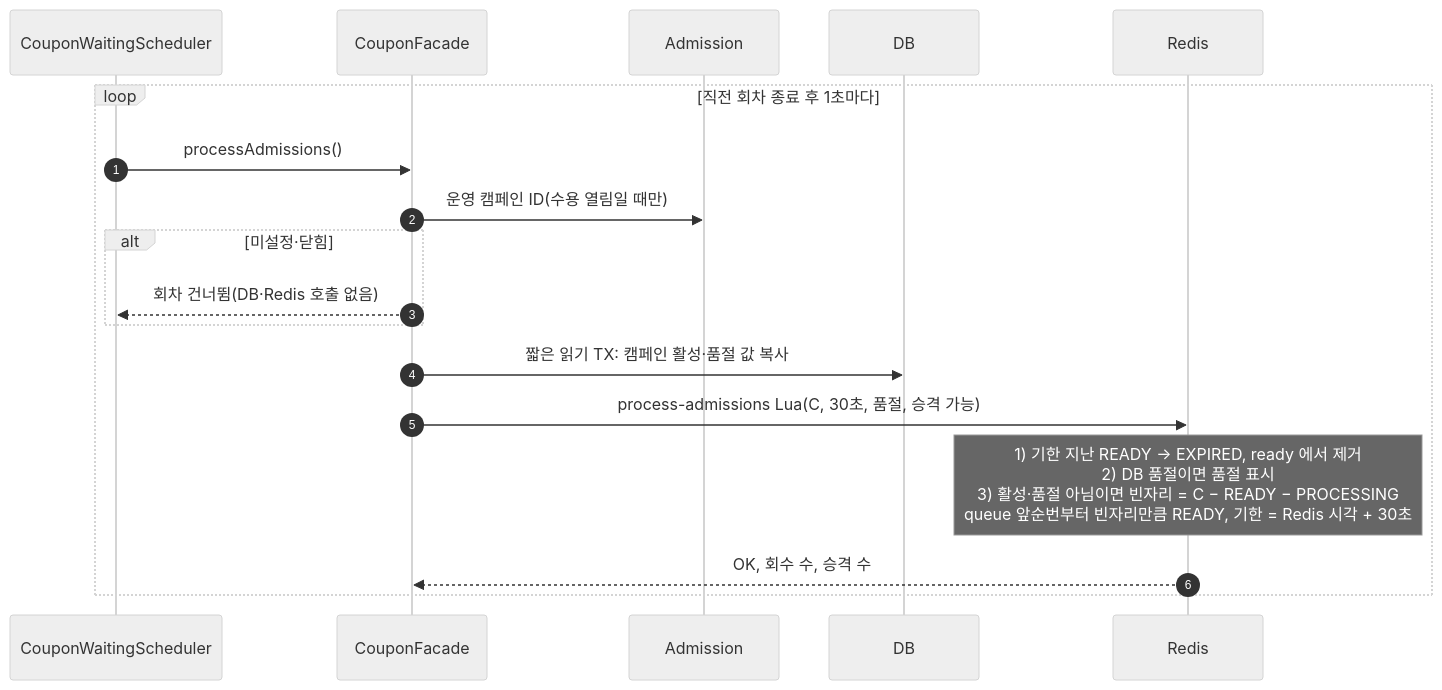
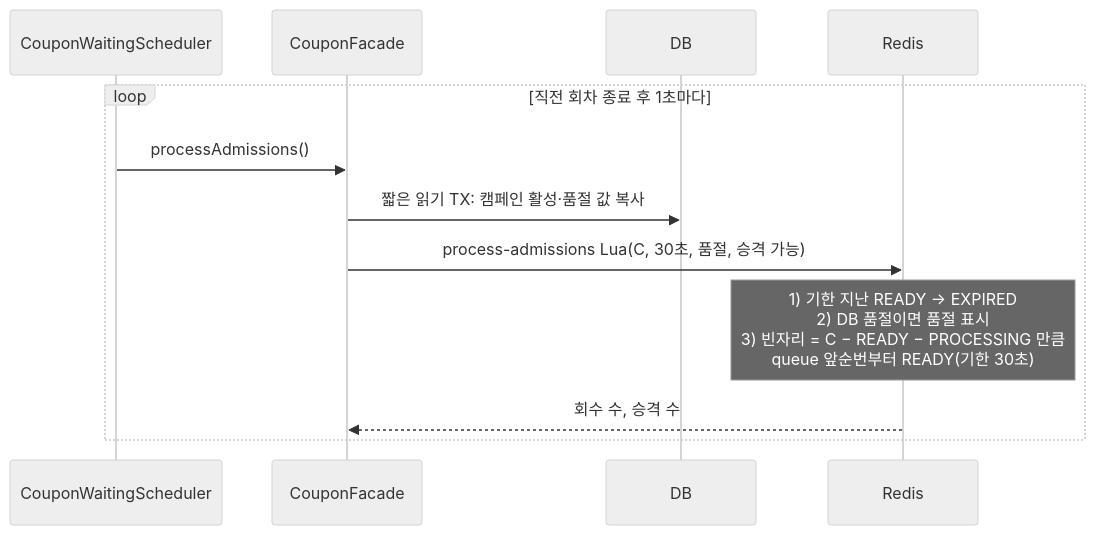
The fourth of 6 diagrams in docs/system-design/features/coupon-waiting-flow.md (loopers-labs/loop-pack-be-l2-vol5-java), drawn with Mermaid (neutral theme) before and after one commit. The commit also changed other lines of this file and 41 other files, not shown here.

````diff
--- a/docs/system-design/features/coupon-waiting-flow.md
+++ b/docs/system-design/features/coupon-waiting-flow.md
@@ -131,21 +108,15 @@
 ```mermaid
 sequenceDiagram
-    autonumber
     participant S as CouponWaitingScheduler
     participant F as CouponFacade
-    participant A as Admission
     participant D as DB
     participant R as Redis
 
     loop 직전 회차 종료 후 1초마다
         S->>F: processAdmissions()
-        F->>A: 운영 캠페인 ID(수용 열림일 때만)
-        alt 미설정·닫힘
-            F-->>S: 회차 건너뜀(DB·Redis 호출 없음)
-        end
         F->>D: 짧은 읽기 TX: 캠페인 활성·품절 값 복사
         F->>R: process-admissions Lua(C, 30초, 품절, 승격 가능)
-        Note over R: 1) 기한 지난 READY → EXPIRED, ready 에서 제거<br/>2) DB 품절이면 품절 표시<br/>3) 활성·품절 아님이면 빈자리 = C − READY − PROCESSING<br/>   queue 앞순번부터 빈자리만큼 READY, 기한 = Redis 시각 + 30초
-        R-->>F: OK, 회수 수, 승격 수
+        Note over R: 1) 기한 지난 READY → EXPIRED<br/>2) DB 품절이면 품절 표시<br/>3) 빈자리 = C − READY − PROCESSING 만큼<br/>queue 앞순번부터 READY(기한 30초)
+        R-->>F: 회수 수, 승격 수
     end
 ```
````
